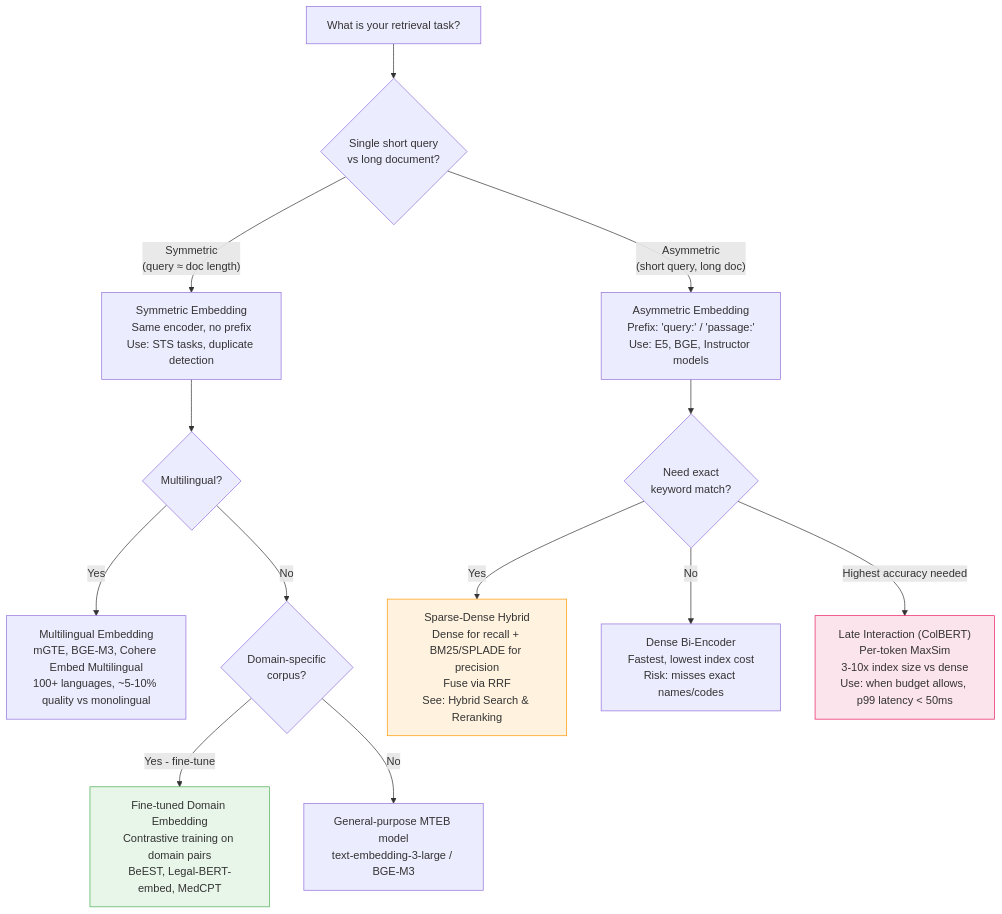
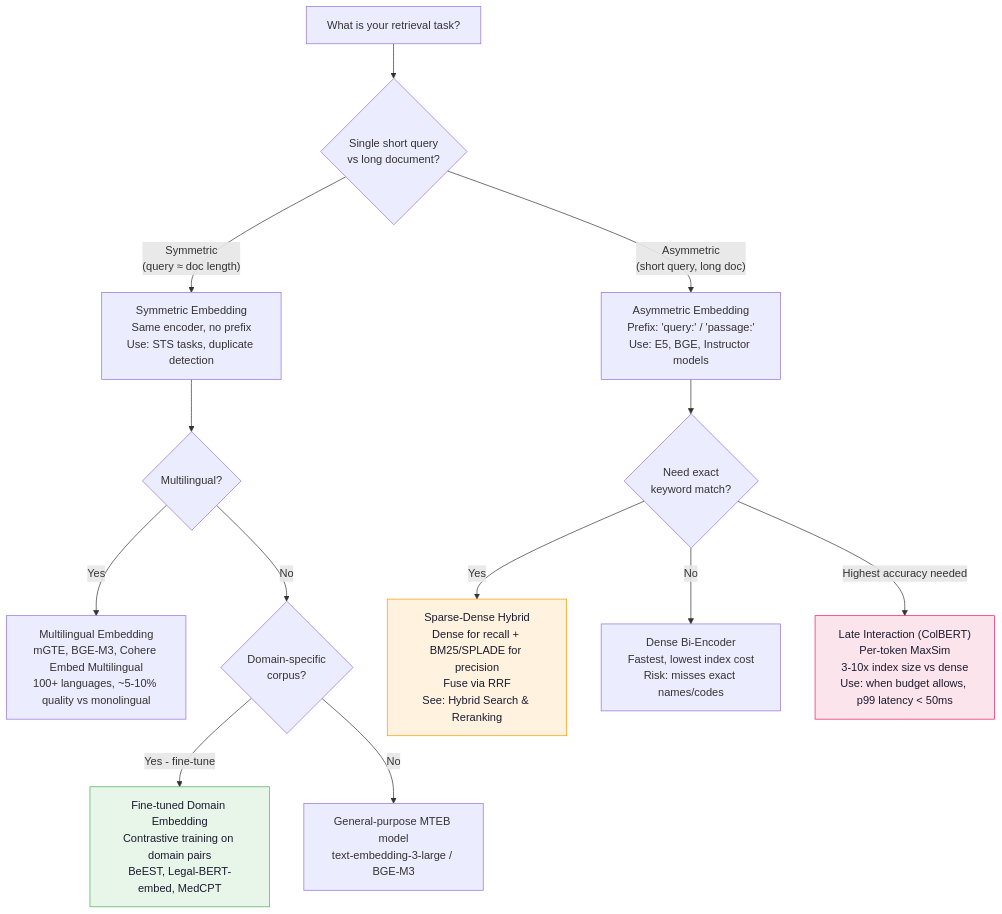
The fifth of 7 diagrams in docs/05-retrieval-systems/01-embedding-models.md (GyanendraChaubey/AI-System-Design-Notes), drawn with Mermaid before and after one commit. The commit also changed other lines of this file and 5 other files, not shown here.

First line of the commit message:
Fix Mermaid diagram rendering errors and dark/light mode color contrast (Sections 1-10)

````diff
--- a/docs/05-retrieval-systems/01-embedding-models.md
+++ b/docs/05-retrieval-systems/01-embedding-models.md
@@ -244,26 +244,26 @@
 ```mermaid
 flowchart TD
     START["What is your retrieval task?"] --> Q1{"Single short query\nvs long document?"}
 
     Q1 -->|"Symmetric\n(query ≈ doc length)"| SYM["Symmetric Embedding\nSame encoder, no prefix\nUse: STS tasks, duplicate detection"]
 
     Q1 -->|"Asymmetric\n(short query, long doc)"| ASYM["Asymmetric Embedding\nPrefix: 'query:' / 'passage:'\nUse: E5, BGE, Instructor models"]
 
     ASYM --> Q2{"Need exact\nkeyword match?"}
     SYM --> Q3{"Multilingual?"}
 
     Q2 -->|"Yes"| HYBRID["Sparse-Dense Hybrid\nDense for recall + BM25/SPLADE for precision\nFuse via RRF\nSee: Hybrid Search & Reranking"]
     Q2 -->|"No"| DENSE_ONLY["Dense Bi-Encoder\nFastest, lowest index cost\nRisk: misses exact names/codes"]
 
     Q3 -->|"Yes"| MULTI["Multilingual Embedding\nmGTE, BGE-M3, Cohere Embed Multilingual\n100+ languages, ~5-10% quality vs monolingual"]
     Q3 -->|"No"| DOMAIN{"Domain-specific\ncorpus?"}
 
     DOMAIN -->|"Yes - fine-tune"| FINETUNE["Fine-tuned Domain Embedding\nContrastive training on domain pairs\nBeEST, Legal-BERT-embed, MedCPT"]
     DOMAIN -->|"No"| GENERAL["General-purpose MTEB model\ntext-embedding-3-large / BGE-M3"]
 
     Q2 -->|"Highest accuracy needed"| LATE["Late Interaction (ColBERT)\nPer-token MaxSim\n3-10x index size vs dense\nUse: when budget allows, p99 latency < 50ms"]
 
-    style HYBRID fill:#fff3e0,stroke:#FF9800
-    style LATE fill:#fce4ec,stroke:#E91E63
-    style FINETUNE fill:#e8f5e9,stroke:#4CAF50
+    style HYBRID fill:#fff3e0,stroke:#FF9800,color:#1a1a2e
+    style LATE fill:#fce4ec,stroke:#E91E63,color:#1a1a2e
+    style FINETUNE fill:#e8f5e9,stroke:#4CAF50,color:#1a1a2e
 ```
````
